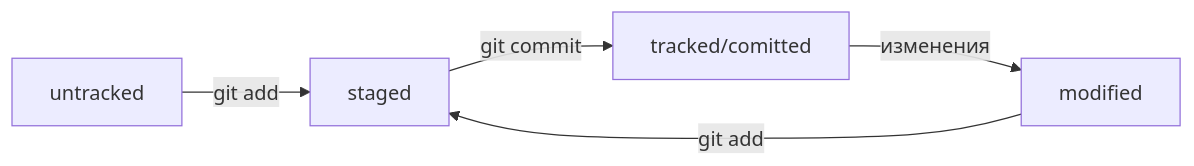
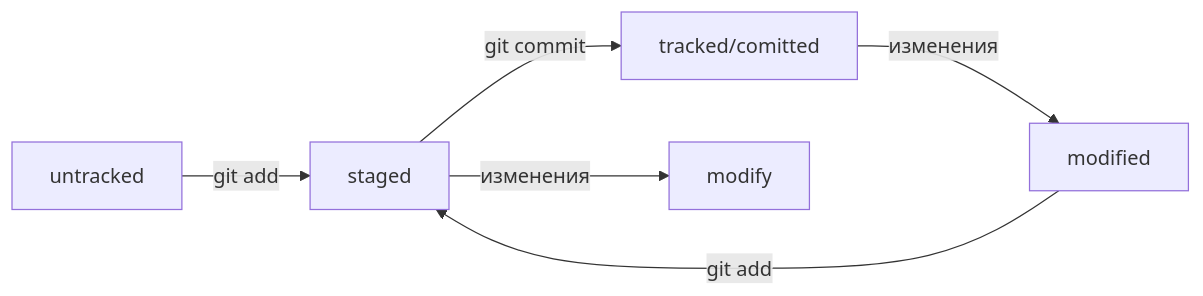
Before and after one commit to ineedkodeforlife/git_help: the diagram in readme.md, drawn with Mermaid.

Commit message:
add scheme

````diff
--- a/readme.md
+++ b/readme.md
@@ -36,7 +36,8 @@
 ```mermaid
 graph LR;
   untracked -- "git add" --> staged;
   tracked/comitted    -- "изменения"  --> modified;
   staged    -- "git commit"     --> tracked/comitted;
+  staged -- "изменения" --> modify;
   modified -- "git add" --> staged;	
 ```
````
